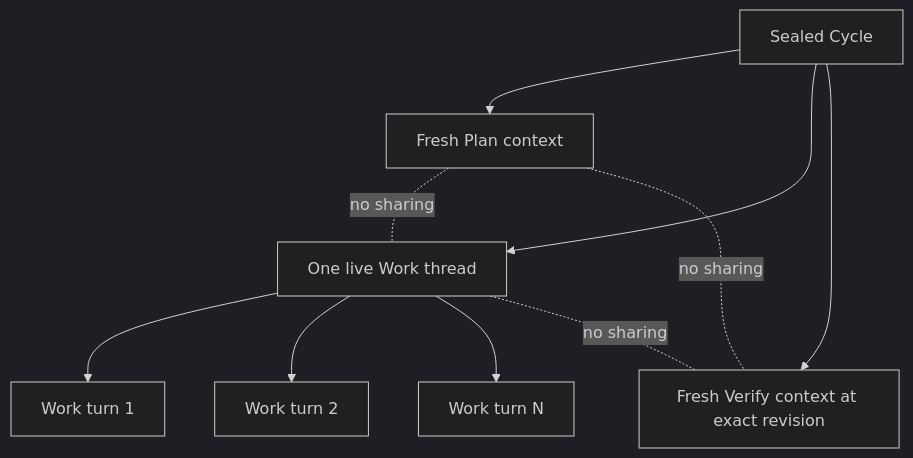
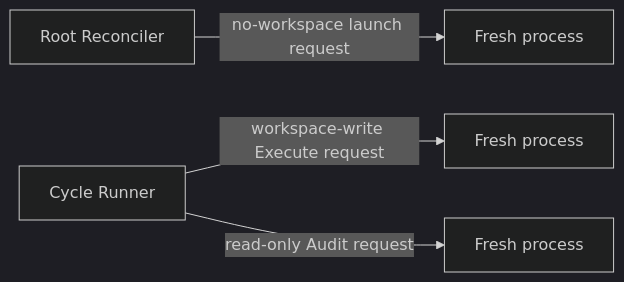
The diagram in docs/architecture/performer.md (hallucination-studio/symphony), drawn with Mermaid (dark theme) before and after one commit. The commit also changed other lines of this file and 54 other files, not shown here.

Commit message:
chore: checkpoint serial-cycle architecture baseline

````diff
--- a/docs/architecture/performer.md
+++ b/docs/architecture/performer.md
@@ -9,16 +50,7 @@
 ```mermaid
-%% source-rules: WF-PERSIST-002 WF-PERSIST-003 WF-PERSIST-004 WF-PERSIST-007
-%% source-rules: PF-CTX-001 PF-CTX-002 PF-CTX-003 PF-CTX-004
-%% source-rules: PF-THREAD-001 PF-THREAD-002
-flowchart TD
-  Cycle[Sealed Cycle]
-  Cycle --> Plan[Fresh Plan context]
-  Cycle --> WorkThread[One live Work thread]
-  WorkThread --> W1[Work turn 1]
-  WorkThread --> W2[Work turn 2]
-  WorkThread --> WN[Work turn N]
-  Cycle --> Verify[Fresh Verify context at exact revision]
-  Plan -. no sharing .- WorkThread
-  WorkThread -. no sharing .- Verify
-  Plan -. no sharing .- Verify
+%% source-rules: PF-SESSION-001 PF-SESSION-002 PF-SESSION-003 PF-PERM-001 PF-PERM-002
+flowchart LR
+  RR[Root Reconciler] -->|no-workspace launch request| P1[Fresh process]
+  CR[Cycle Runner] -->|workspace-write Execute request| P2[Fresh process]
+  CR -->|read-only Audit request| P3[Fresh process]
 ```
````
